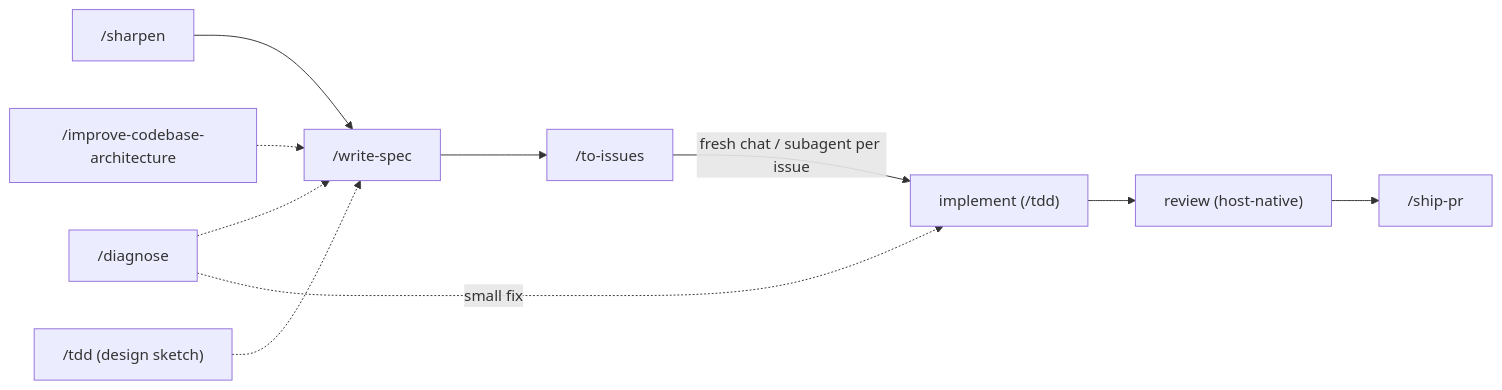
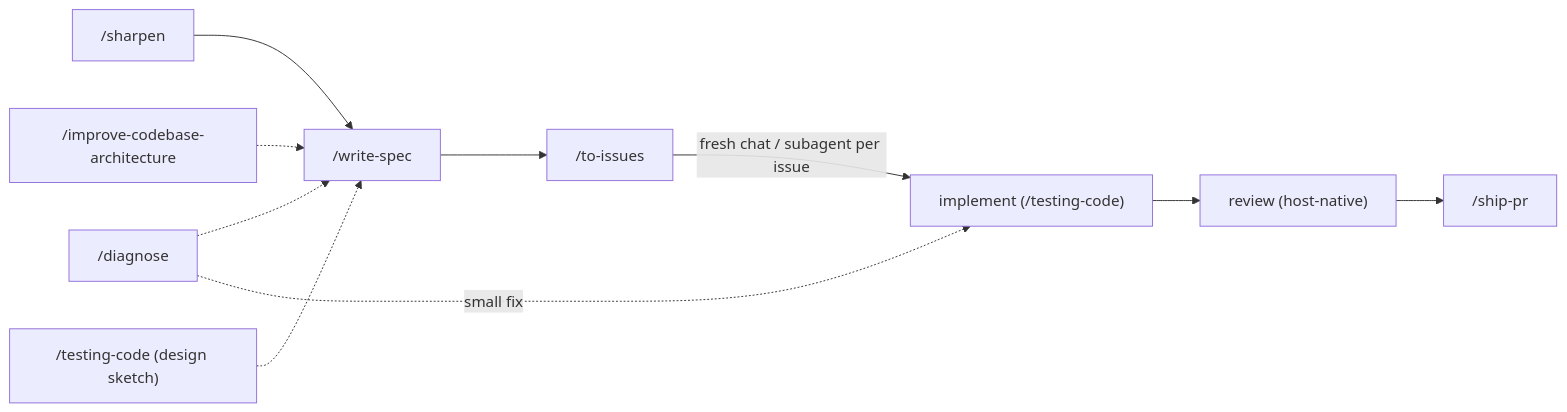
One commit to kpeez/agent-toolbox changed the diagram in plugins/swe/README.md. Above: the diagram before and after it, drawn with Mermaid. The commit also changed other lines of this file and 17 other files, not shown here.

````diff
--- a/plugins/swe/README.md
+++ b/plugins/swe/README.md
@@ -40,12 +40,12 @@
 ```mermaid
 graph LR
   G["/sharpen"] --> A["/write-spec"]
   X["/diagnose"] -.-> A
   Y["/improve-codebase-architecture"] -.-> A
-  P["/tdd (design sketch)"] -.-> A
+  P["/testing-code (design sketch)"] -.-> A
   A --> I["/to-issues"]
-  I -->|"fresh chat / subagent per issue"| B["implement (/tdd)"]
+  I -->|"fresh chat / subagent per issue"| B["implement (/testing-code)"]
   B --> C["review (host-native)"]
   C --> D["/ship-pr"]
   X -.->|"small fix"| B
 ```
````
